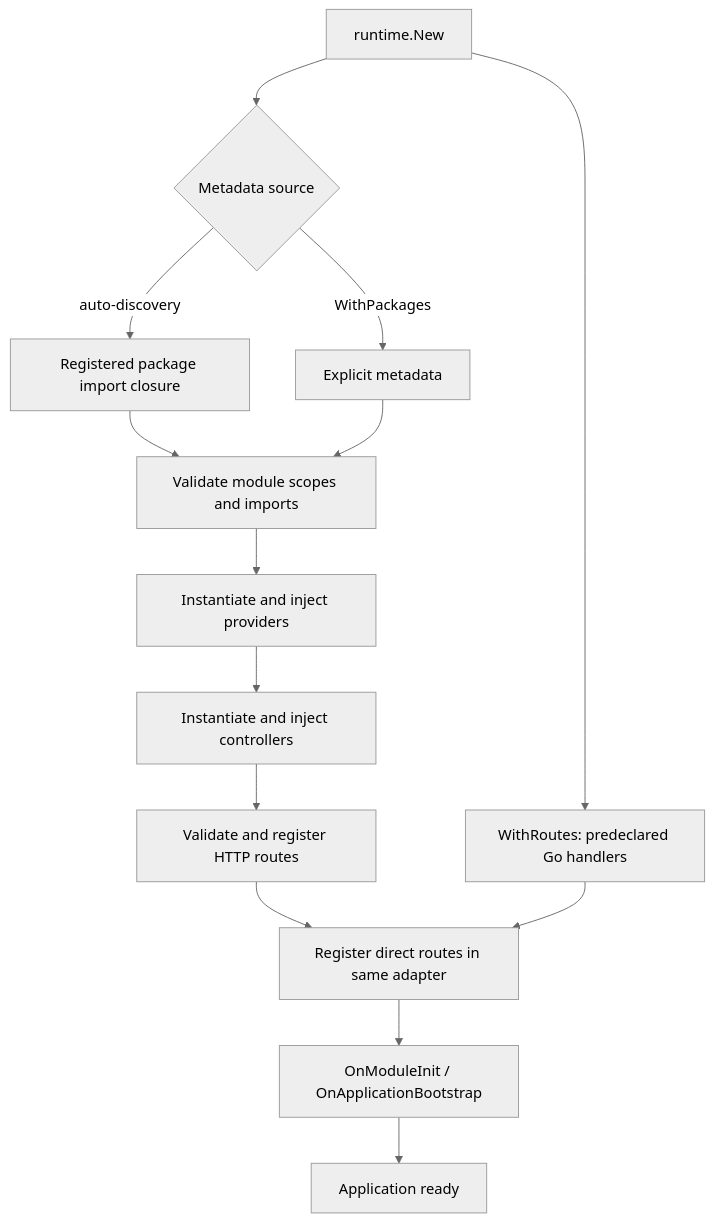
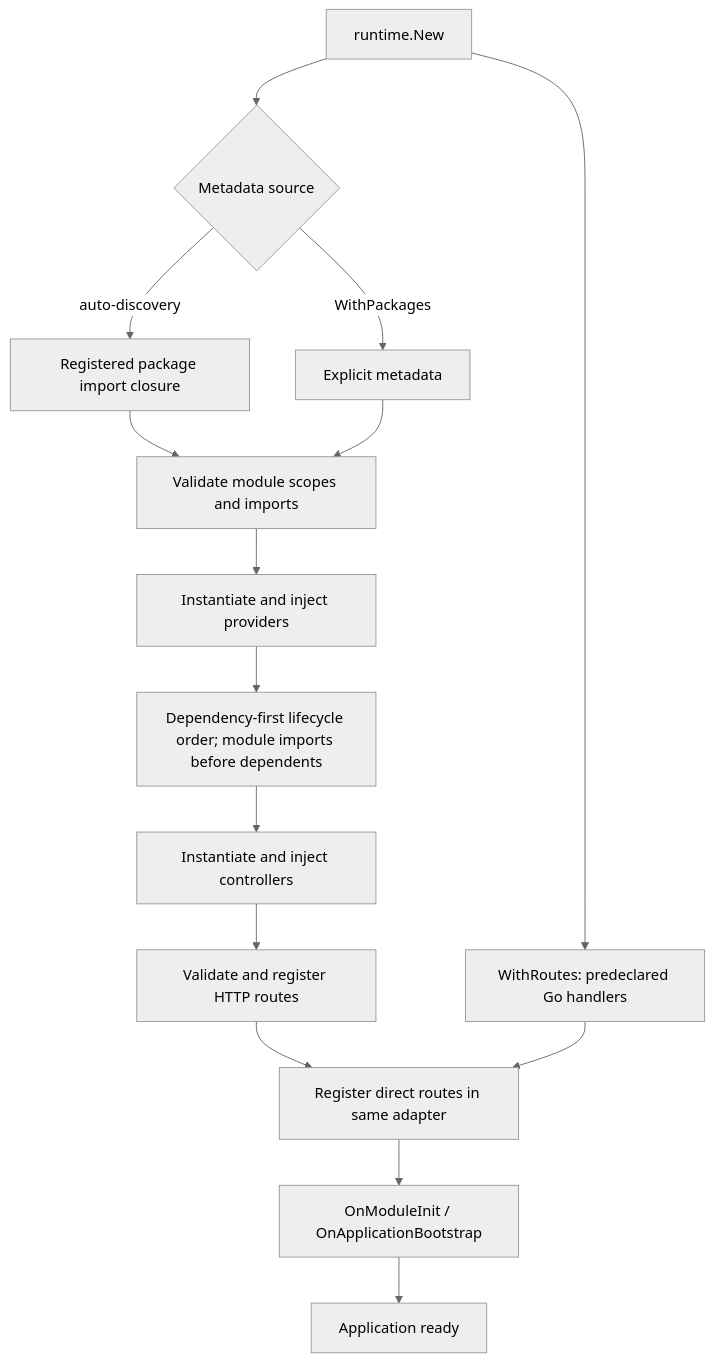
The diagram in docs/RUNTIME.md (kevenmiano/nestgo), drawn with Mermaid (neutral theme) before and after one commit. The commit also changed other lines of this file and 7 other files, not shown here.

First line of the commit message:
fix(runtime): dependency-ordered lifecycle, rollback and shutdown safety (#157)

````diff
--- a/docs/RUNTIME.md
+++ b/docs/RUNTIME.md
@@ -51,16 +51,17 @@
 ```mermaid
 flowchart TD
   New["runtime.New"] --> Packages{"Metadata source"}
   Packages -->|"auto-discovery"| Closure["Registered package import closure"]
   Packages -->|"WithPackages"| Direct["Explicit metadata"]
   Closure --> Graph["Validate module scopes and imports"]
   Direct --> Graph
   Graph --> Providers["Instantiate and inject providers"]
-  Providers --> Controllers["Instantiate and inject controllers"]
+  Providers --> Order["Dependency-first lifecycle order; module imports before dependents"]
+  Order --> Controllers["Instantiate and inject controllers"]
   Controllers --> Routes["Validate and register HTTP routes"]
   New --> Raw["WithRoutes: predeclared Go handlers"]
   Routes --> Registration["Register direct routes in same adapter"]
   Raw --> Registration
   Registration --> Hooks["OnModuleInit / OnApplicationBootstrap"]
   Hooks --> Application["Application ready"]
 ```
````
